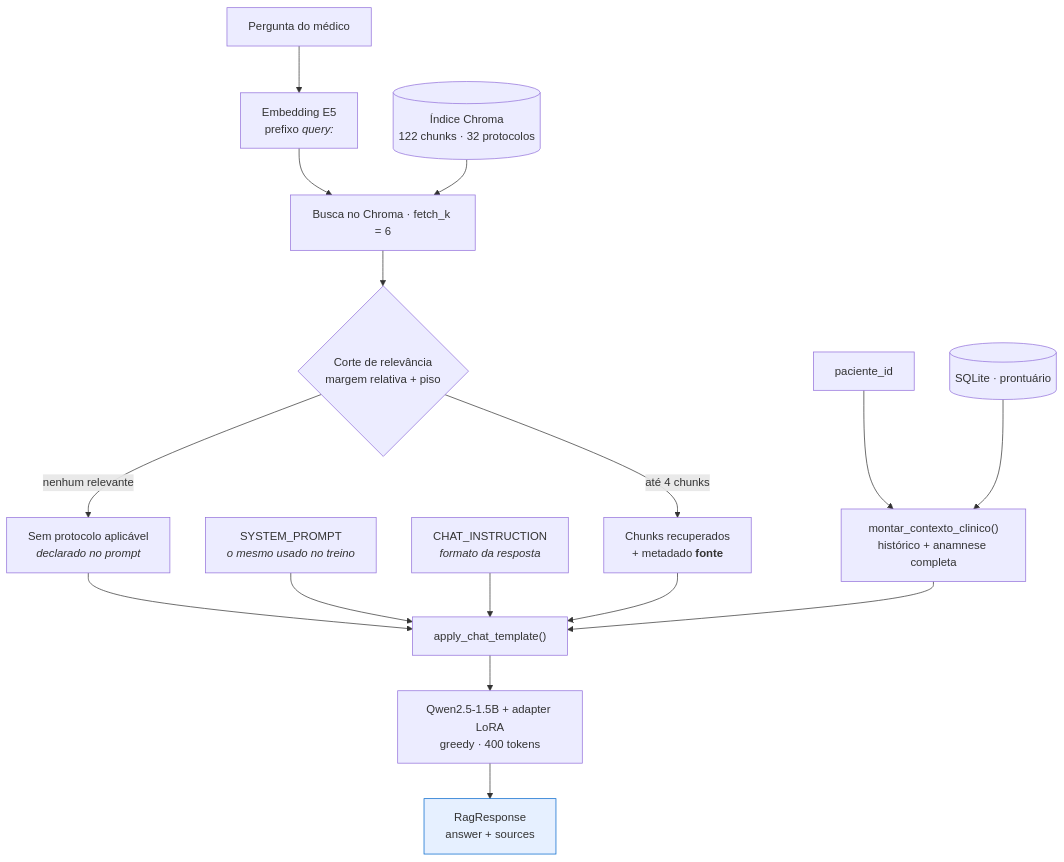
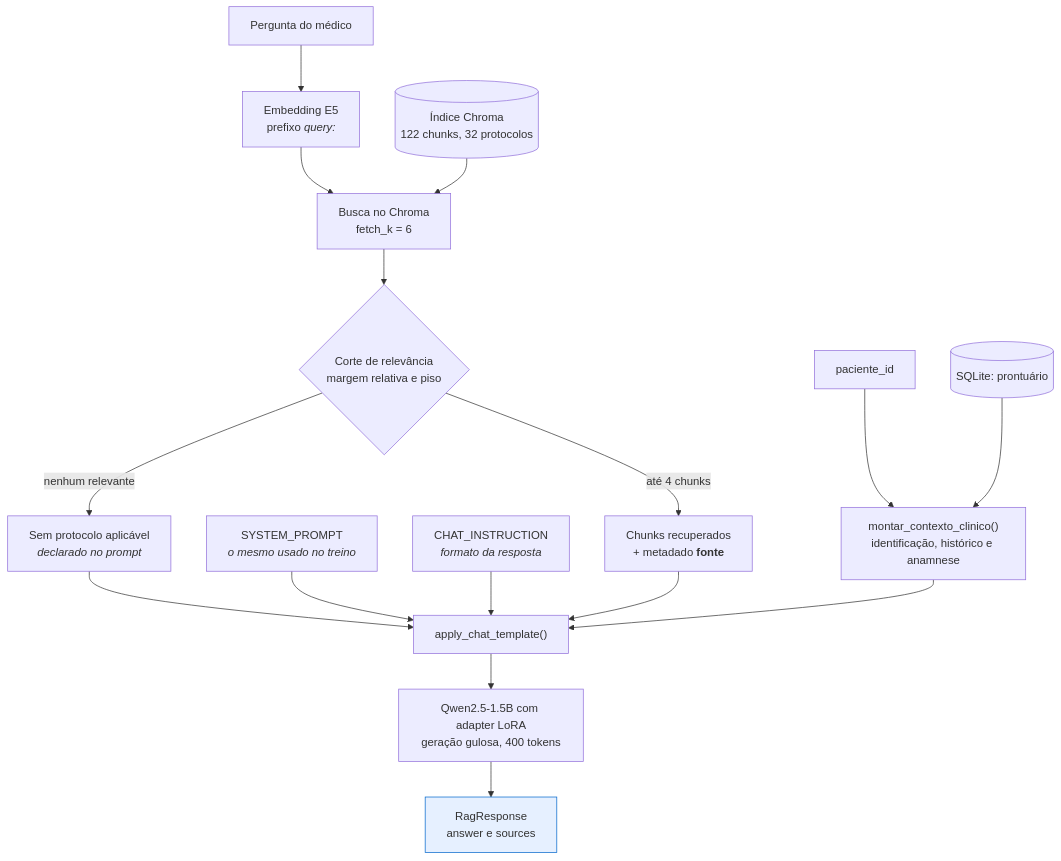
The fourth of 5 diagrams in RELATORIO_TECNICO.md (bschoola/AI-TechChallenge-Step3), drawn with Mermaid before and after one commit. The commit also changed other lines of this file and 12 other files, not shown here.

````diff
--- a/RELATORIO_TECNICO.md
+++ b/RELATORIO_TECNICO.md
@@ -381,23 +383,23 @@
 ```mermaid
 flowchart TD
     Q["Pergunta do médico"] --> EMB1["Embedding E5<br/>prefixo <i>query:</i>"]
-    EMB1 --> RET["Busca no Chroma · fetch_k = 6"]
-    IDX[("Índice Chroma<br/>122 chunks · 32 protocolos")] --> RET
-    RET --> CORTE{"Corte de relevância<br/>margem relativa + piso"}
+    EMB1 --> RET["Busca no Chroma<br/>fetch_k = 6"]
+    IDX[("Índice Chroma<br/>122 chunks, 32 protocolos")] --> RET
+    RET --> CORTE{"Corte de relevância<br/>margem relativa e piso"}
     CORTE -->|nenhum relevante| VAZIO["Sem protocolo aplicável<br/><i>declarado no prompt</i>"]
     CORTE -->|até 4 chunks| DOCS["Chunks recuperados<br/>+ metadado <b>fonte</b>"]
     VAZIO --> PROMPT
 
-    PID["paciente_id"] --> TOOL["montar_contexto_clinico()<br/>histórico + anamnese completa"]
-    DB[("SQLite · prontuário")] --> TOOL
+    PID["paciente_id"] --> TOOL["montar_contexto_clinico()<br/>identificação, histórico e anamnese"]
+    DB[("SQLite: prontuário")] --> TOOL
 
     SP["SYSTEM_PROMPT<br/><i>o mesmo usado no treino</i>"] --> PROMPT
     CI["CHAT_INSTRUCTION<br/><i>formato da resposta</i>"] --> PROMPT
     DOCS --> PROMPT["apply_chat_template()"]
     TOOL --> PROMPT
 
-    PROMPT --> LLM["Qwen2.5-1.5B + adapter LoRA<br/>greedy · 400 tokens"]
-    LLM --> RESP["RagResponse<br/>answer + sources"]
+    PROMPT --> LLM["Qwen2.5-1.5B com adapter LoRA<br/>geração gulosa, 400 tokens"]
+    LLM --> RESP["RagResponse<br/>answer e sources"]
 
     style RESP fill:#e6f0ff,stroke:#06c
 ```
````
